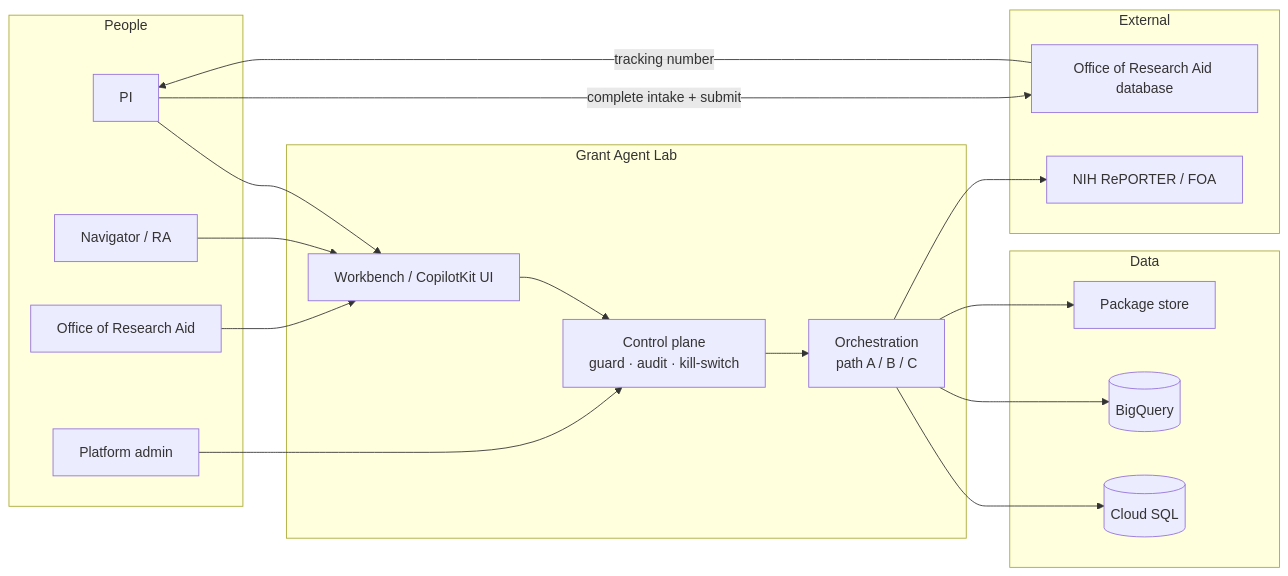
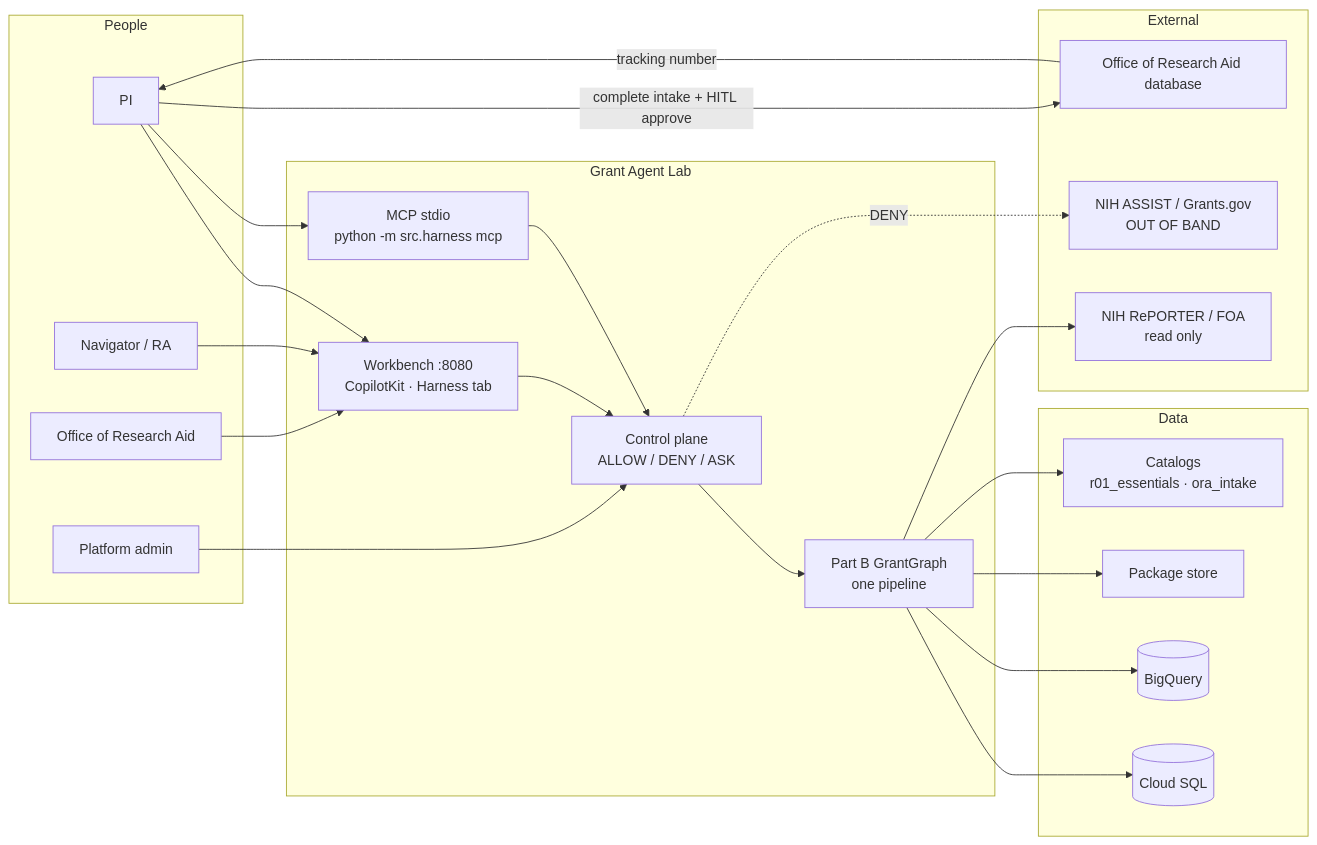
Before and after one commit to YPCC/grant-agent-lab: the first of 6 diagrams in docs/architecture.md, drawn with Mermaid. The commit also changed other lines of this file and 10 other files, not shown here.

First line of the commit message:
Update C4 diagrams and README for the unified GrantGraph

````diff
--- a/docs/architecture.md
+++ b/docs/architecture.md
@@ -25,39 +31,46 @@
 ```mermaid
 flowchart LR
   subgraph People
     PI[PI]
     RA[Navigator / RA]
     ORA["Office of Research Aid"]
     ADM[Platform admin]
   end
 
   subgraph Lab["Grant Agent Lab"]
-    UI[Workbench / CopilotKit UI]
-    CP[Control plane<br/>guard · audit · kill-switch]
-    ORCH[Orchestration<br/>path A / B / C]
+    UI[Workbench :8080<br/>CopilotKit · Harness tab]
+    MCP[MCP stdio<br/>python -m src.harness mcp]
+    CP[Control plane<br/>ALLOW / DENY / ASK]
+    G[Part B GrantGraph<br/>one pipeline]
   end
 
   subgraph Data
     SQL[(Cloud SQL)]
     BQ[(BigQuery)]
     GCS[Package store]
+    CAT[Catalogs<br/>r01_essentials · ora_intake]
   end
 
   subgraph External
-    NIH[NIH RePORTER / FOA]
+    NIH[NIH RePORTER / FOA<br/>read only]
     ODB[Office of Research Aid database]
+    ASSIST[NIH ASSIST / Grants.gov<br/>OUT OF BAND]
   end
 
   PI --> UI
   RA --> UI
+  PI --> MCP
   ORA --> UI
   ADM --> CP
   UI --> CP
-  CP --> ORCH
-  ORCH --> SQL
-  ORCH --> BQ
-  ORCH --> GCS
-  ORCH --> NIH
-  PI -->|complete intake + submit| ODB
+  MCP --> CP
+  CP --> G
+  G --> SQL
+  G --> BQ
+  G --> GCS
+  G --> CAT
+  G --> NIH
+  PI -->|complete intake + HITL approve| ODB
   ODB -->|tracking number| PI
+  CP -.->|DENY| ASSIST
 ```
````
